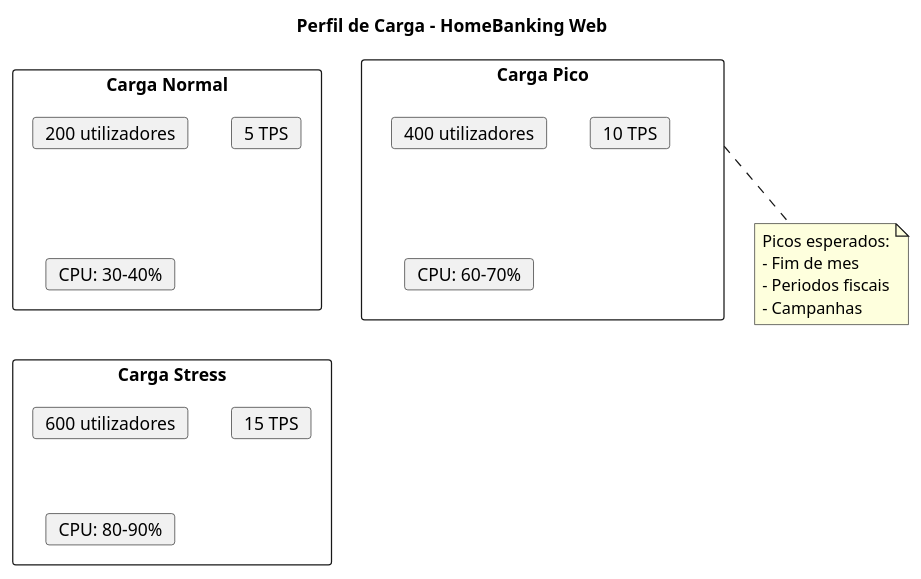
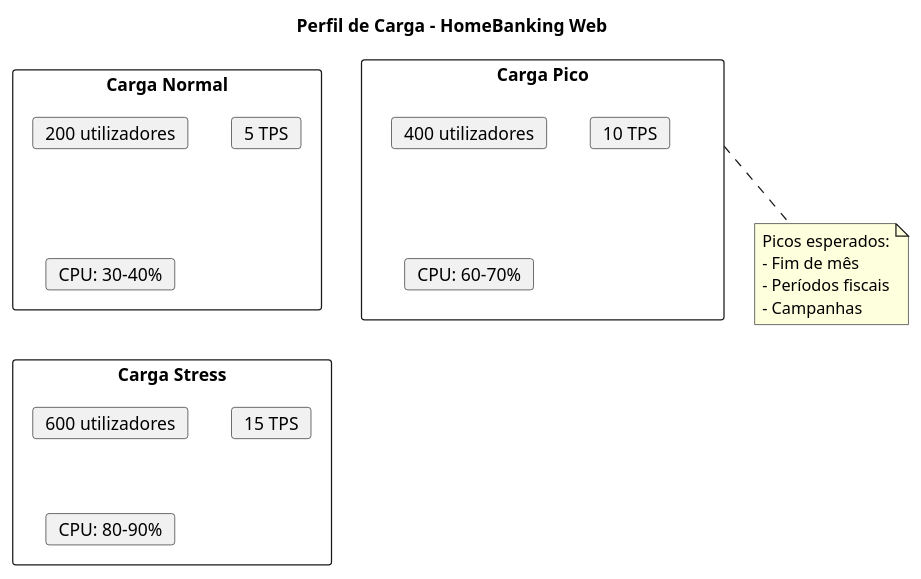
The first of 3 diagrams in current/sections/SEC-12-desempenho-fiabilidade.md (beduardo/novobanco_website_doc), drawn with PlantUML before and after one commit. The commit also changed other lines of this file and 182 other files, not shown here.

````diff
--- a/current/sections/SEC-12-desempenho-fiabilidade.md
+++ b/current/sections/SEC-12-desempenho-fiabilidade.md
@@ -55,33 +55,33 @@
 ```plantuml
 @startuml
 skinparam backgroundColor white
 
 title Perfil de Carga - HomeBanking Web
 
 rectangle "Carga Normal" {
     card "200 utilizadores"
     card "5 TPS"
     card "CPU: 30-40%"
 }
 
 rectangle "Carga Pico" {
     card "400 utilizadores"
     card "10 TPS"
     card "CPU: 60-70%"
 }
 
 rectangle "Carga Stress" {
     card "600 utilizadores"
     card "15 TPS"
     card "CPU: 80-90%"
 }
 
 note bottom of "Carga Pico"
 Picos esperados:
-- Fim de mes
-- Periodos fiscais
+- Fim de mês
+- Períodos fiscais
 - Campanhas
 end note
 
 @enduml
 ```
````
